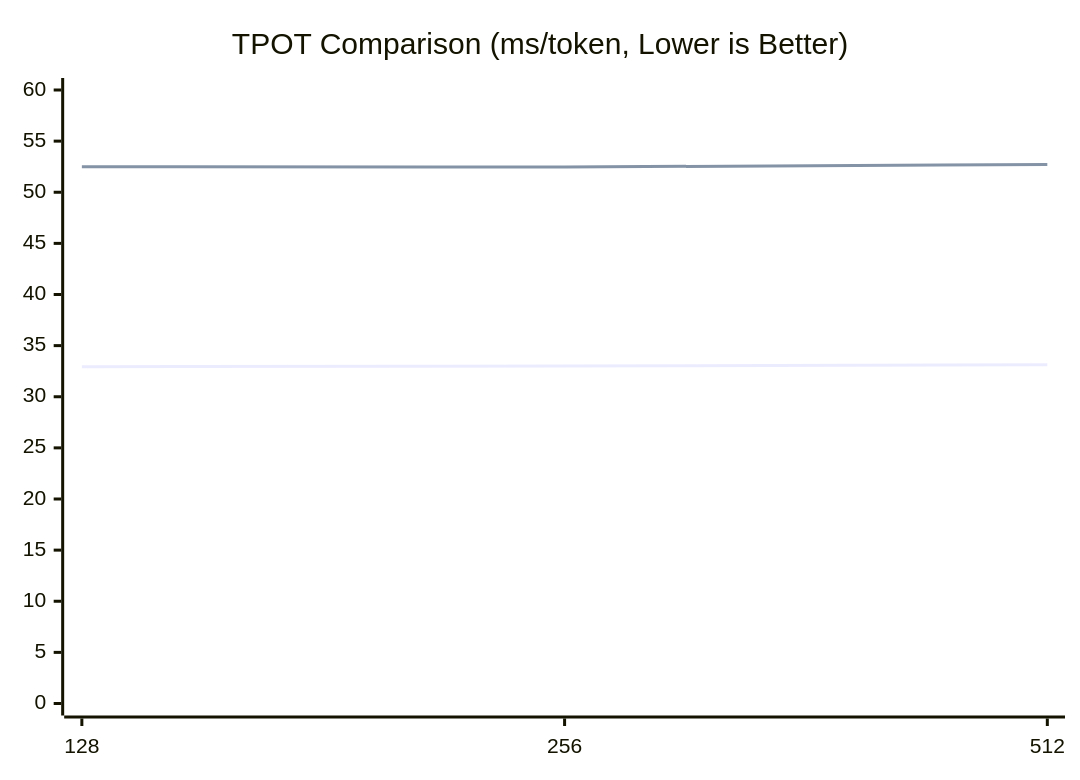
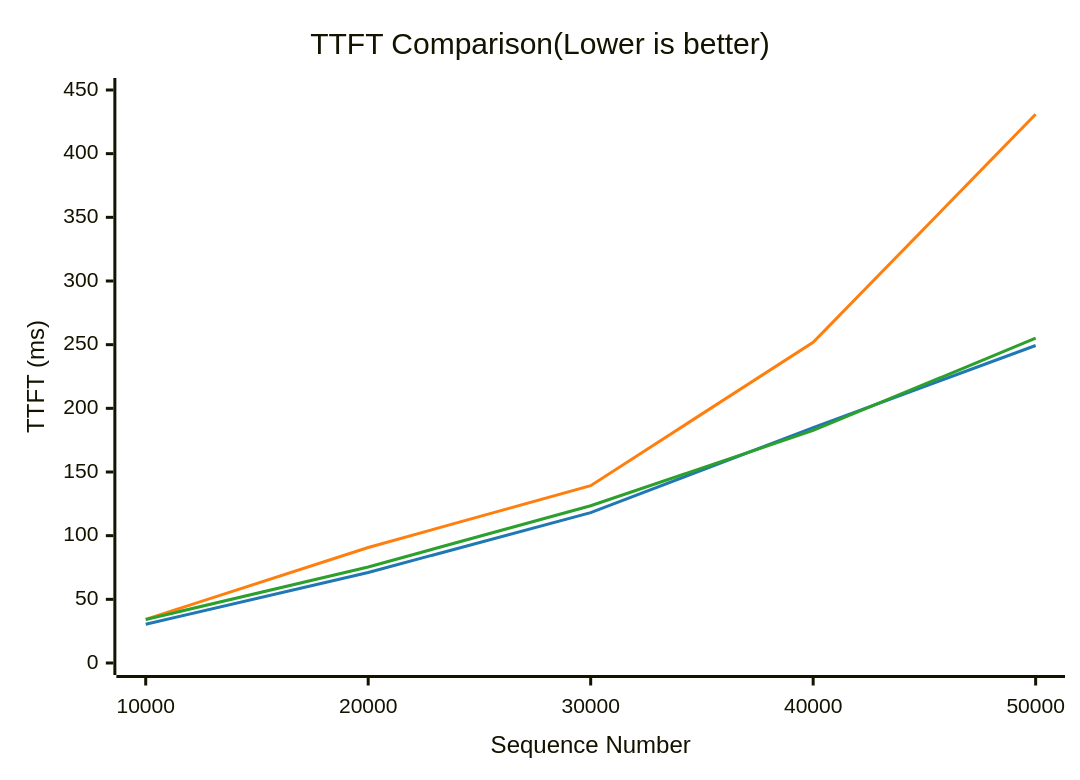
One commit to lucienhuangfu/eLLM changed the first of 2 diagrams in benchmark.zh-CN.md. Above: the diagram before and after it, drawn with Mermaid. The commit also changed other lines of this file, not shown here.

First line of the commit message:
Refresh CPU benchmark results docs

````diff
--- a/benchmark.zh-CN.md
+++ b/benchmark.zh-CN.md
@@ -52,8 +49,16 @@
 ```mermaid
+---
+config:
+  themeVariables:
+    xyChart:
+      plotColorPalette: "#1f77b4, #ff7f0e, #2ca02c"
+---
 xychart-beta
-    title "TPOT Comparison (ms/token, Lower is Better)"
-    x-axis [128, 256, 512]
-    y-axis 0 --> 60
-    line "eLLM (CPU end)" [32.94, 33.01, 33.13]
-    line "SgLang (CPU end)" [52.5, 52.47, 52.71]
+    title "TTFT Comparison(Lower is better)"
+    x-axis "Sequence Number" [10000, 20000, 30000, 40000, 50000]
+    y-axis "TTFT (ms)" 0 --> 450
+
+    line "eLLM" [30.438, 71.072, 118.110, 184.809, 249.337]
+    line "Chunked CPU Baseline" [34.250, 90.689, 139.259, 251.849, 430.946]
+    line "Unchunked CPU Baseline" [34.114, 75.433, 123.519, 182.629, 255.085]
 ```
````
